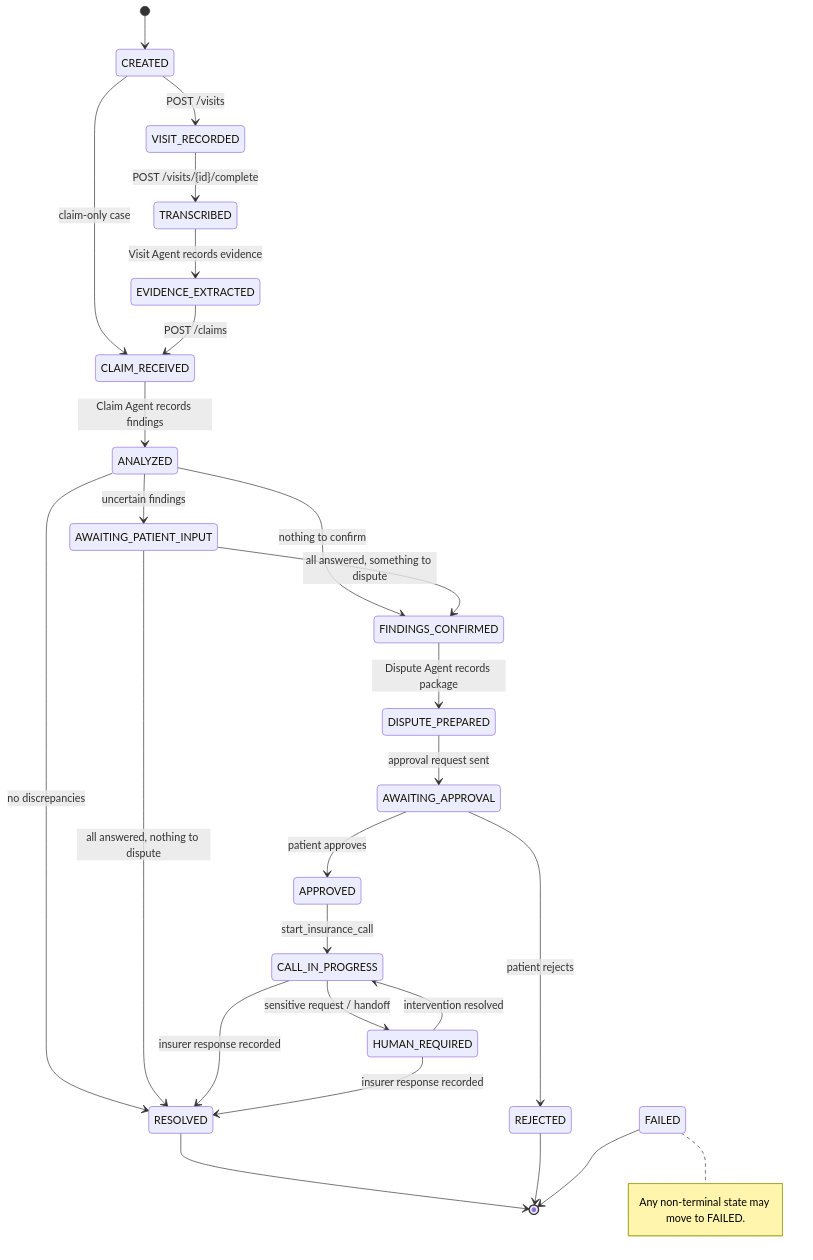
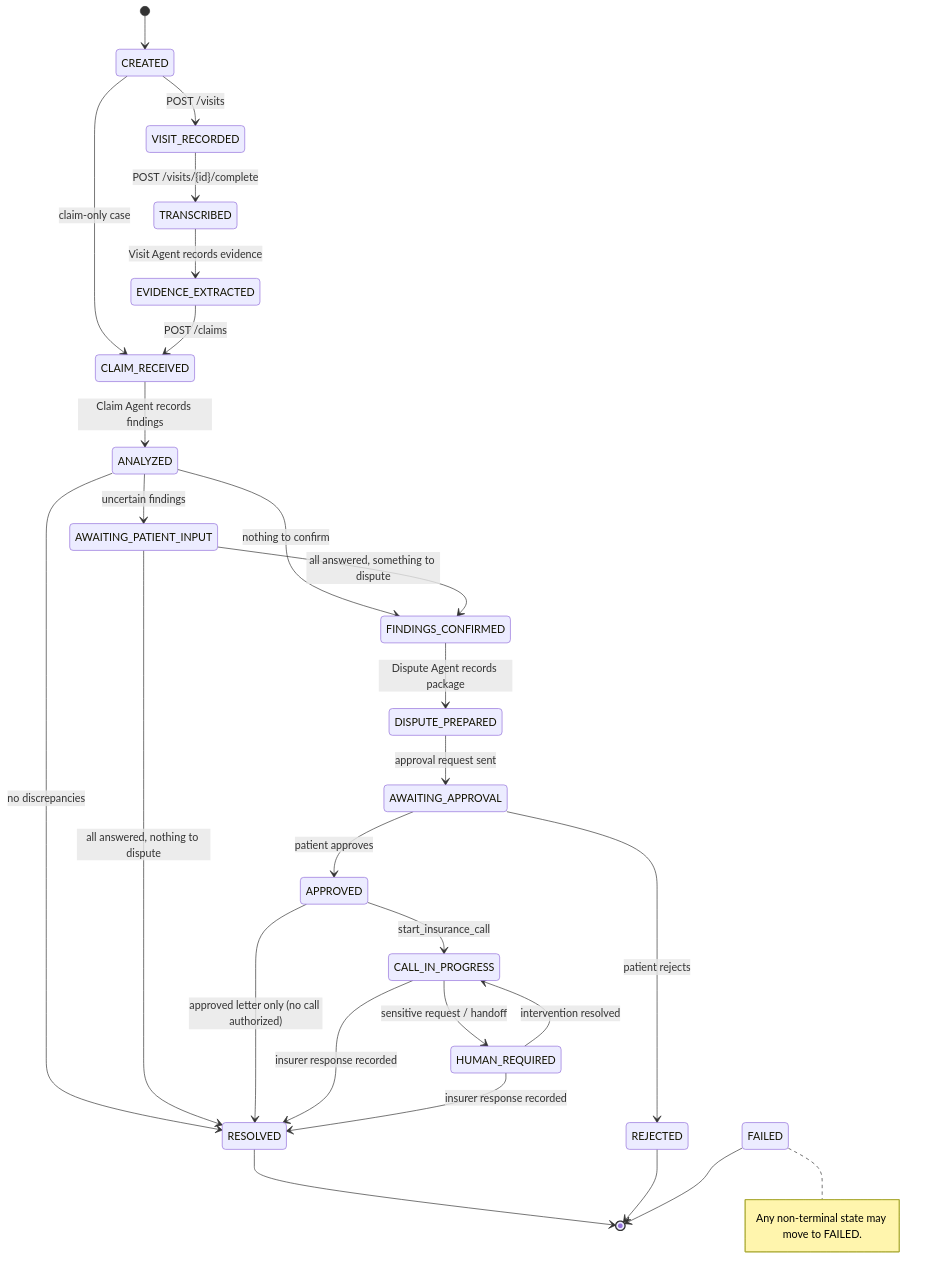
The diagram in docs/STATE_MACHINE.md (Shrish-07/Supreme-Waffles), drawn with Mermaid before and after one commit. The commit also changed other lines of this file and 60 other files, not shown here.

````diff
--- a/docs/STATE_MACHINE.md
+++ b/docs/STATE_MACHINE.md
@@ -12,30 +12,31 @@
 ```mermaid
 stateDiagram-v2
     [*] --> CREATED
     CREATED --> VISIT_RECORDED: POST /visits
     CREATED --> CLAIM_RECEIVED: claim-only case
     VISIT_RECORDED --> TRANSCRIBED: POST /visits/{id}/complete
     TRANSCRIBED --> EVIDENCE_EXTRACTED: Visit Agent records evidence
     EVIDENCE_EXTRACTED --> CLAIM_RECEIVED: POST /claims
     CLAIM_RECEIVED --> ANALYZED: Claim Agent records findings
     ANALYZED --> AWAITING_PATIENT_INPUT: uncertain findings
     ANALYZED --> FINDINGS_CONFIRMED: nothing to confirm
     ANALYZED --> RESOLVED: no discrepancies
     AWAITING_PATIENT_INPUT --> FINDINGS_CONFIRMED: all answered, something to dispute
     AWAITING_PATIENT_INPUT --> RESOLVED: all answered, nothing to dispute
     FINDINGS_CONFIRMED --> DISPUTE_PREPARED: Dispute Agent records package
     DISPUTE_PREPARED --> AWAITING_APPROVAL: approval request sent
     AWAITING_APPROVAL --> APPROVED: patient approves
     AWAITING_APPROVAL --> REJECTED: patient rejects
     APPROVED --> CALL_IN_PROGRESS: start_insurance_call
+    APPROVED --> RESOLVED: approved letter only (no call authorized)
     CALL_IN_PROGRESS --> HUMAN_REQUIRED: sensitive request / handoff
     HUMAN_REQUIRED --> CALL_IN_PROGRESS: intervention resolved
     CALL_IN_PROGRESS --> RESOLVED: insurer response recorded
     HUMAN_REQUIRED --> RESOLVED: insurer response recorded
     RESOLVED --> [*]
     REJECTED --> [*]
     FAILED --> [*]
     note right of FAILED
         Any non-terminal state may move to FAILED.
     end note
 ```
````
